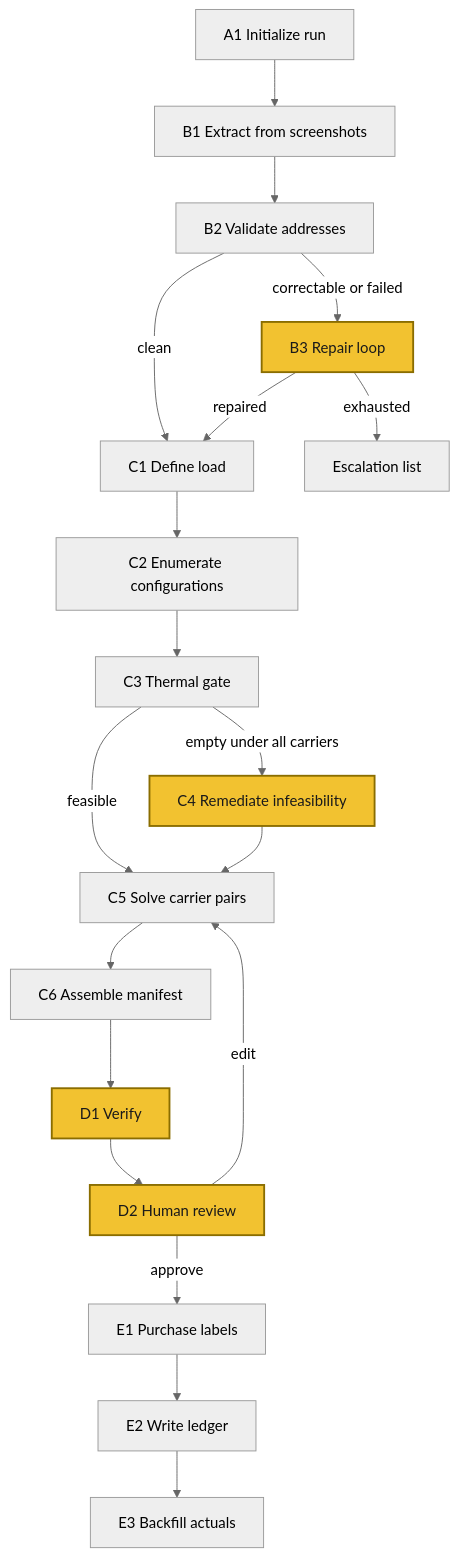
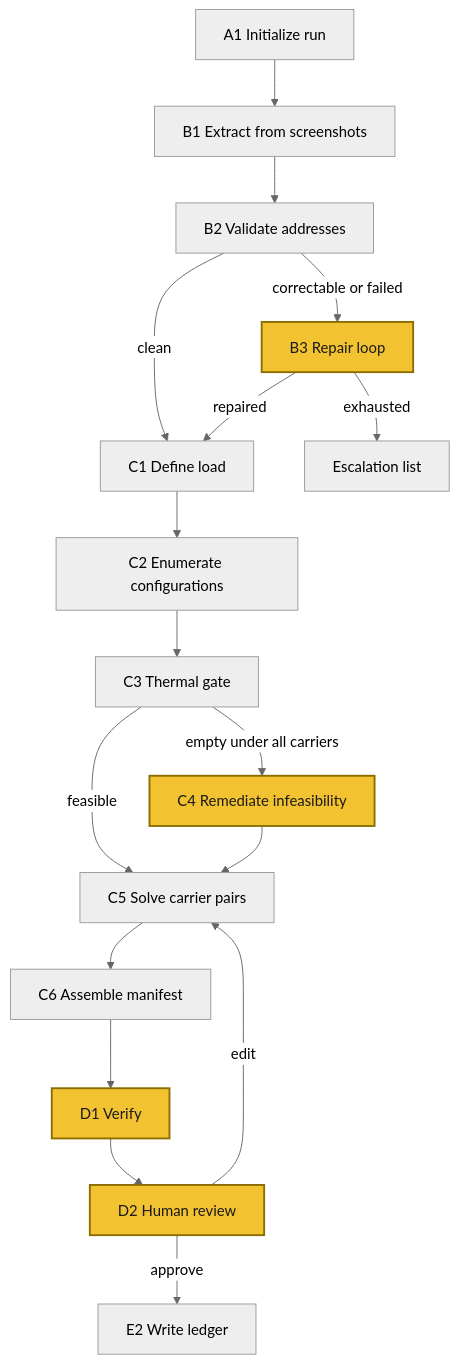
Before and after one commit to jeremy-m-mcgee/bbq-shipment-agent: the diagram in docs/design.md, drawn with Mermaid (neutral theme). The commit also changed other lines of this file and 6 other files, not shown here.

````diff
--- a/docs/design.md
+++ b/docs/design.md
@@ -76,24 +78,22 @@
 ```mermaid
 flowchart TD
     A1[A1 Initialize run] --> B1[B1 Extract from screenshots]
     B1 --> B2[B2 Validate addresses]
     B2 -->|clean| C1[C1 Define load]
     B2 -->|correctable or failed| B3[B3 Repair loop]
     B3 -->|repaired| C1
     B3 -->|exhausted| ESC[Escalation list]
     C1 --> C2[C2 Enumerate configurations]
     C2 --> C3[C3 Thermal gate]
     C3 -->|feasible| C5[C5 Solve carrier pairs]
     C3 -->|empty under all carriers| C4[C4 Remediate infeasibility]
     C4 --> C5
     C5 --> C6[C6 Assemble manifest]
     C6 --> D1[D1 Verify]
     D1 --> D2[D2 Human review]
     D2 -->|edit| C5
-    D2 -->|approve| E1[E1 Purchase labels]
-    E1 --> E2[E2 Write ledger]
-    E2 --> E3[E3 Backfill actuals]
+    D2 -->|approve| E2[E2 Write ledger]
 
     classDef agentic fill:#F2C230,stroke:#8A6D00,stroke-width:2px,color:#1A1A1A
     class B3,C4,D1,D2 agentic
 ```
````
